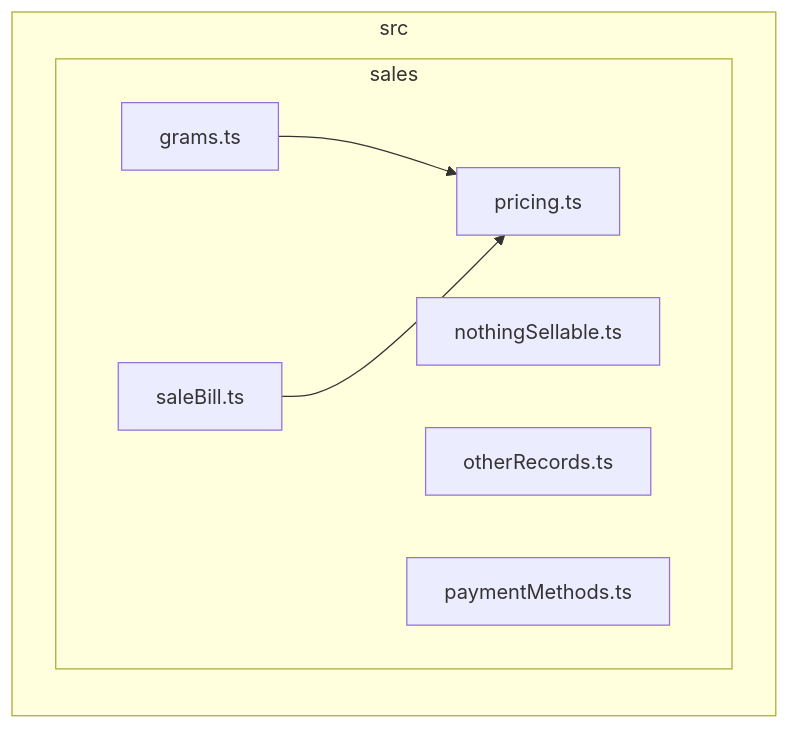
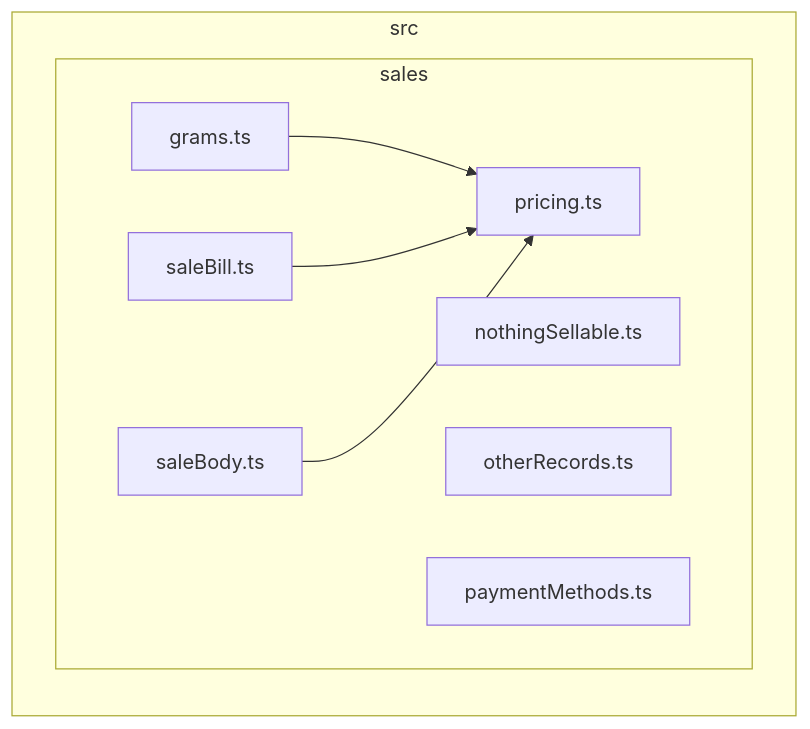
One commit to GonzaloZevallos/apostrophe changed the diagram in docs/architecture/generated/front-modules/sales.md. Above: the diagram before and after it, drawn with Mermaid.

Commit message:
chore(docs): regenerate [skip ci]

````diff
--- a/docs/architecture/generated/front-modules/sales.md
+++ b/docs/architecture/generated/front-modules/sales.md
@@ -7,15 +7,17 @@
 ```mermaid
 flowchart LR
 subgraph src["src"]
   subgraph src_sales["sales"]
     src_sales_grams_ts["grams.ts"]
     src_sales_nothingSellable_ts["nothingSellable.ts"]
     src_sales_otherRecords_ts["otherRecords.ts"]
     src_sales_paymentMethods_ts["paymentMethods.ts"]
     src_sales_pricing_ts["pricing.ts"]
     src_sales_saleBill_ts["saleBill.ts"]
+    src_sales_saleBody_ts["saleBody.ts"]
   end
 end
 src_sales_grams_ts-->src_sales_pricing_ts
 src_sales_saleBill_ts-->src_sales_pricing_ts
+src_sales_saleBody_ts-->src_sales_pricing_ts
 ```
````
